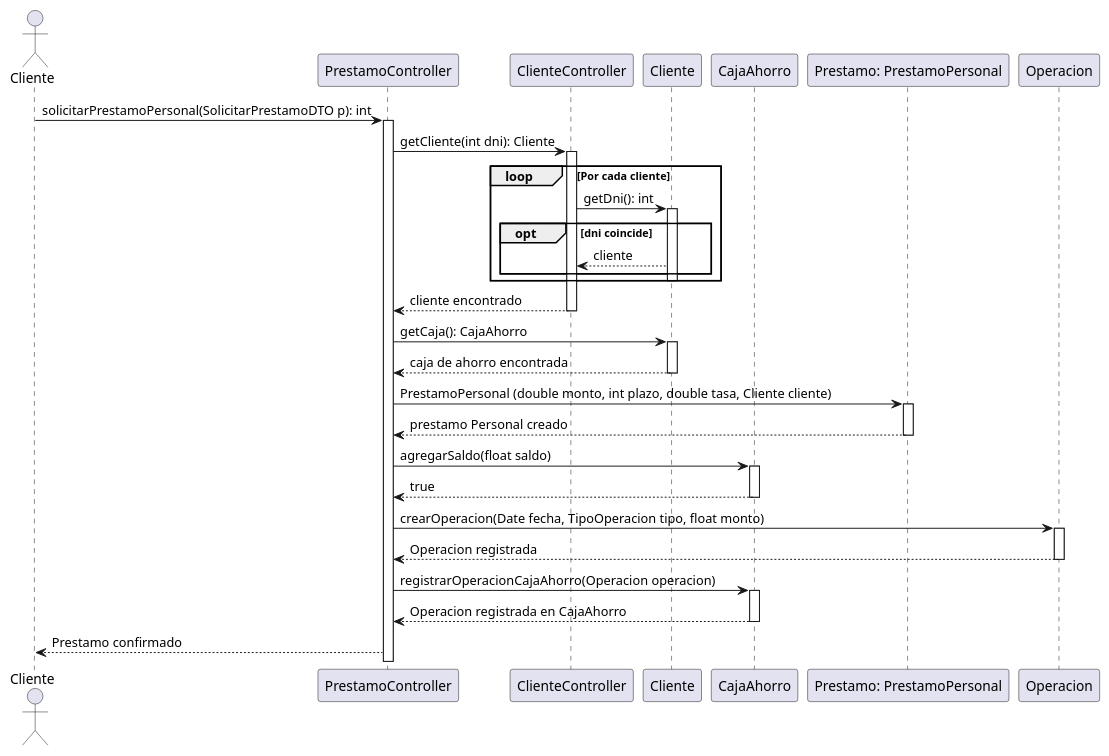
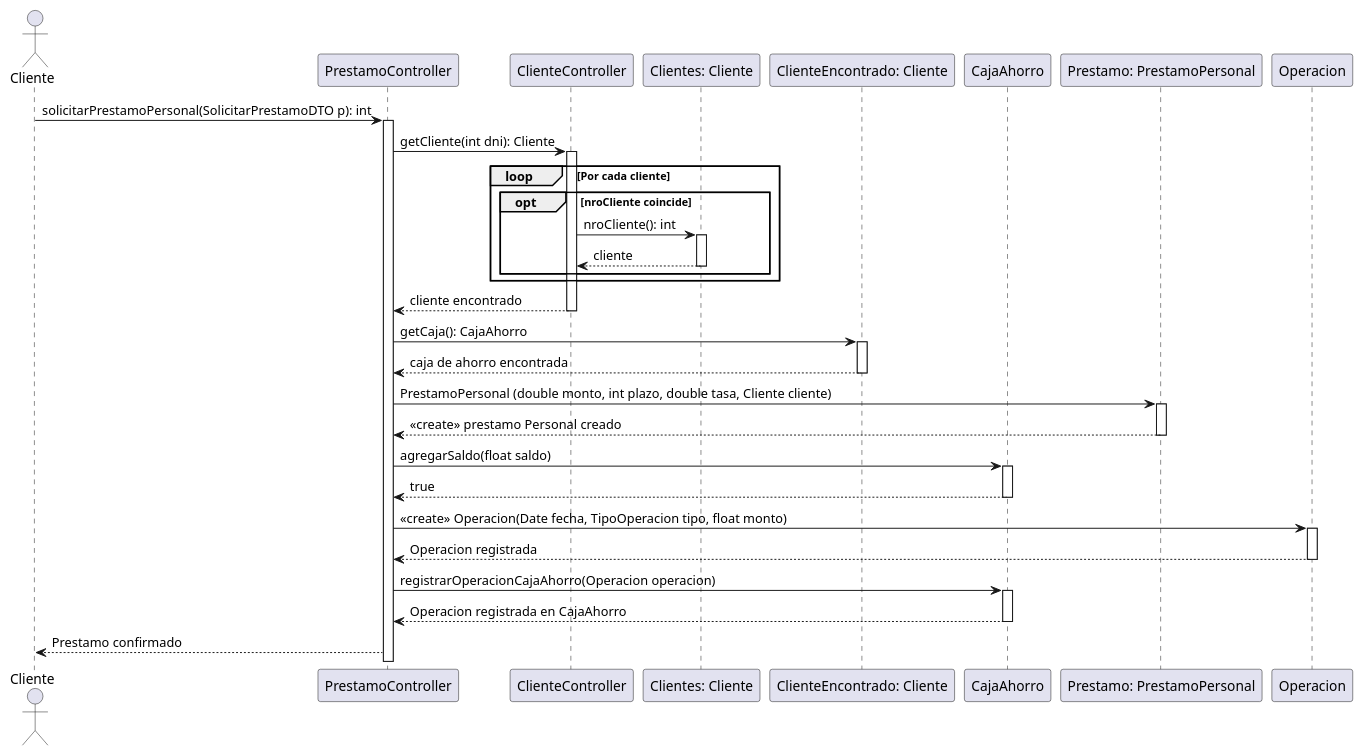
Before and after one commit to CoachEmilio/FinalAdelantadoPOO: the diagram in src/main/java/org/uade/diagrams/SolicitarPrestamoPersonal.puml, drawn with PlantUML. The commit also changed 2 other files, not shown here.

Commit message:
Sequence Diagrams Updated - Exams day

```diff
--- a/src/main/java/org/uade/diagrams/SolicitarPrestamoPersonal.puml
+++ b/src/main/java/org/uade/diagrams/SolicitarPrestamoPersonal.puml
@@ -1,55 +1,62 @@
 @startuml
+'IMPORTANTE
+'ejecutado los cambios que hice en emitir prestamohipotecario en este diagrama
+'ClienteEncontrado es el cliente que se encuentra en la caja de ahorro
+'CE
 actor Cliente
 participant "PrestamoController" as PC
 participant "ClienteController" as CC
-participant "Cliente" as C
+participant "Clientes: Cliente" as C
+participant "ClienteEncontrado: Cliente" as CE
 participant "CajaAhorro" as CA
 participant "Prestamo: PrestamoPersonal" as P
 participant "Operacion" as O
 
 Cliente -> PC: solicitarPrestamoPersonal(SolicitarPrestamoDTO p): int
 activate PC
 
 PC -> CC: getCliente(int dni): Cliente
 activate CC
 
 loop Por cada cliente
-    CC -> C: getDni(): int
-    activate C
-    opt dni coincide
+
+    opt nroCliente coincide
+        CC -> C: nroCliente(): int
+        activate C
         CC <-- C: cliente
+        deactivate C
     end
-    deactivate C
+
 end
 
 CC --> PC: cliente encontrado
 deactivate CC
 
-PC -> C: getCaja(): CajaAhorro
-activate C
-C --> PC: caja de ahorro encontrada
-deactivate C
+PC -> CE: getCaja(): CajaAhorro
+activate CE
+CE --> PC: caja de ahorro encontrada
+deactivate CE
 
 PC -> P: PrestamoPersonal (double monto, int plazo, double tasa, Cliente cliente)
 activate P
-PC <-- P: prestamo Personal creado
+PC <-- P: <<create>> prestamo Personal creado
 deactivate P
 
 PC -> CA: agregarSaldo(float saldo)
 activate CA
 CA --> PC: true
 deactivate CA
 
-PC -> O: crearOperacion(Date fecha, TipoOperacion tipo, float monto)
+PC -> O: <<create>> Operacion(Date fecha, TipoOperacion tipo, float monto)
 activate O
 O --> PC: Operacion registrada
 deactivate O
 
 PC -> CA : registrarOperacionCajaAhorro(Operacion operacion)
 activate CA
 CA --> PC: Operacion registrada en CajaAhorro
 deactivate CA
 
 
 PC --> Cliente: Prestamo confirmado
 @enduml
```
